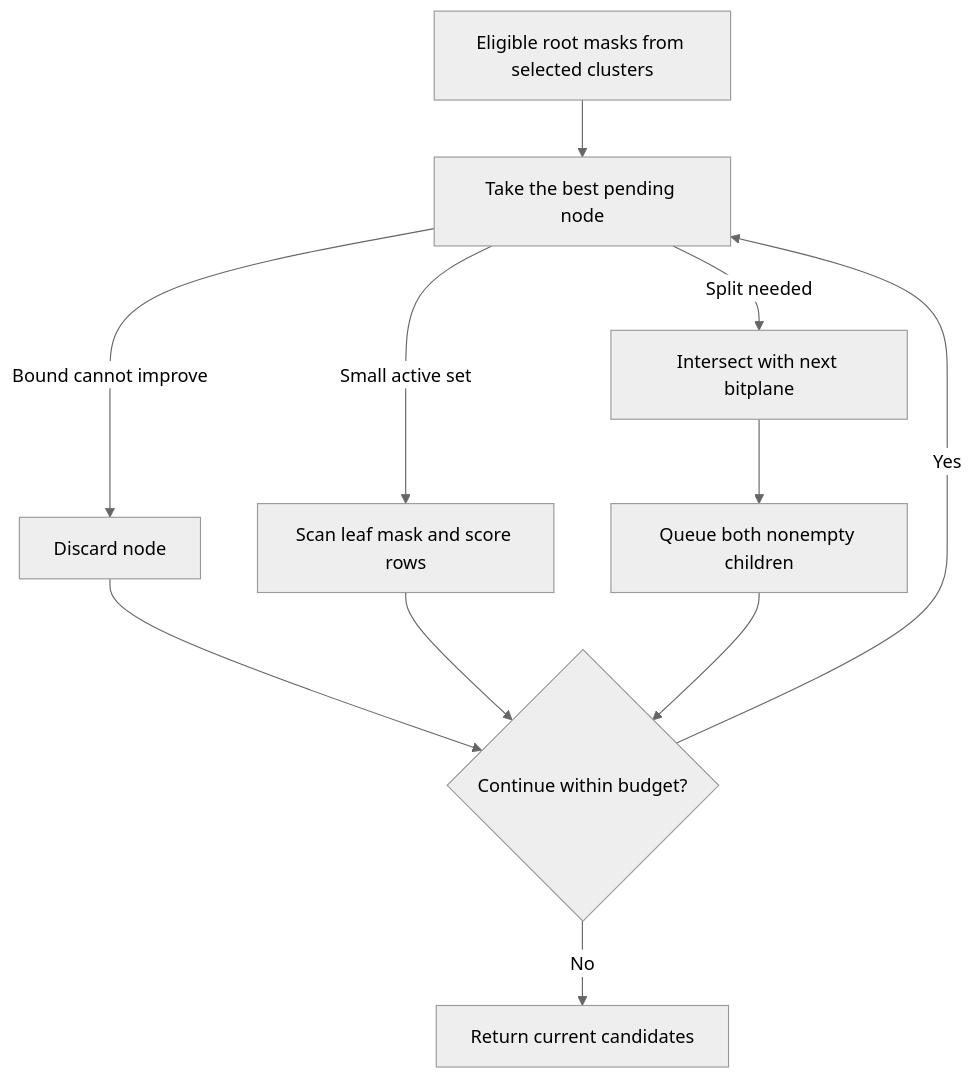
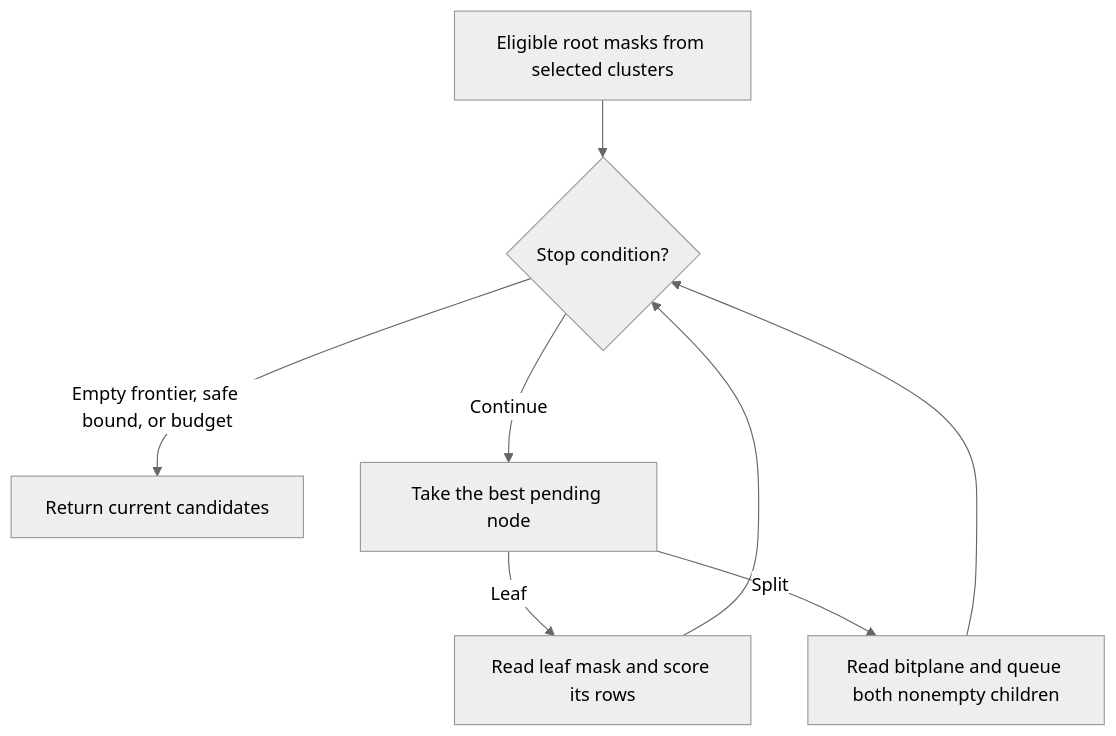
Before and after one commit to rgrexplore/query-guided-search-exploration: the diagram in reports/search-math/figures/bitplanes.mmd, drawn with Mermaid (neutral theme). The commit also changed 14 other files, not shown here.

```diff
--- a/reports/search-math/figures/bitplanes.mmd
+++ b/reports/search-math/figures/bitplanes.mmd
@@ -1,11 +1,8 @@
 flowchart TB
-  R[Eligible root masks from selected clusters] --> P[Take the best pending node]
-  P -->|Bound cannot improve| D[Discard node]
-  P -->|Small active set| S[Scan leaf mask and score rows]
-  P -->|Split needed| X[Intersect with next bitplane]
-  X --> C[Queue both nonempty children]
-  D --> N{Continue within budget?}
-  S --> N
-  C --> N
-  N -->|Yes| P
-  N -->|No| O[Return current candidates]
+  R[Eligible root masks from selected clusters] --> B{Stop condition?}
+  B -->|Empty frontier, safe bound, or budget| O[Return current candidates]
+  B -->|Continue| P[Take the best pending node]
+  P -->|Leaf| L[Read leaf mask and score its rows]
+  P -->|Split| S[Read bitplane and queue both nonempty children]
+  L --> B
+  S --> B
```
